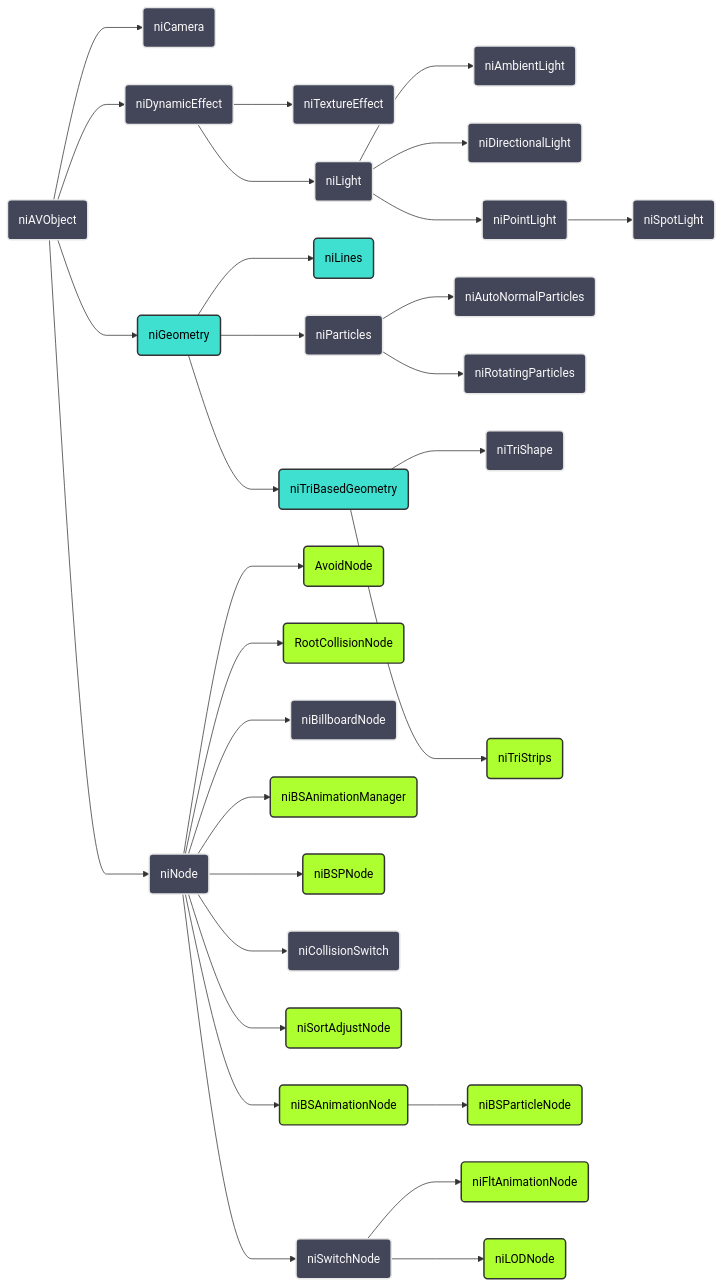
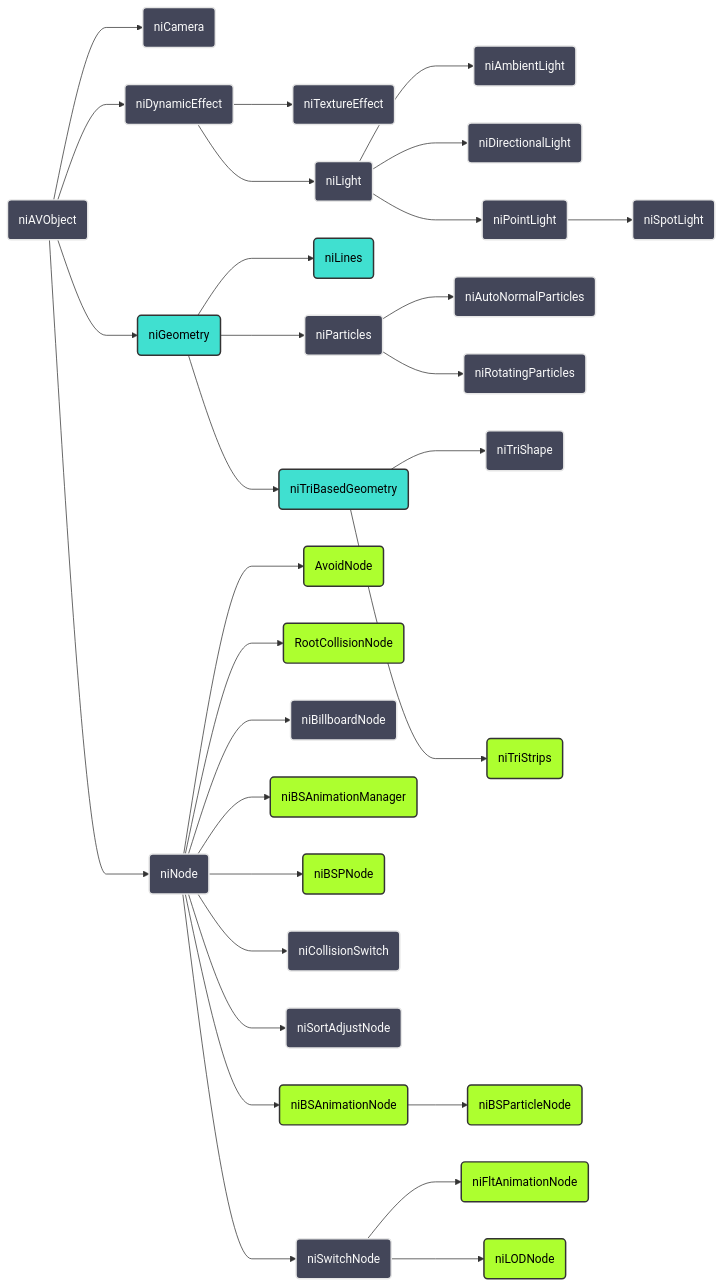
Before and after one commit to stanleyqubit/MWSE: the second of 2 diagrams in docs/source/references/general/ni-class-hierarchy.md, drawn with Mermaid. The commit also changed other lines of this file and 14 other files, not shown here.

````diff
--- a/docs/source/references/general/ni-class-hierarchy.md
+++ b/docs/source/references/general/ni-class-hierarchy.md
@@ -361,59 +361,59 @@
 ```mermaid
 %%{
     init: {
         'er': {
             'diagramPadding': 5,
             'entityPadding': 5
         },
         'flowchart': {
             'diagramPadding': 2,
             'curve': 'monotoneX'
         }
     }
 }%%
 graph LR
     EA(niAVObject);
 	EA --> EAA(niCamera);
 
 	EA --> EAB(niDynamicEffect);
 		EAB --> EABA(niTextureEffect);
 		EAB --> EABB(niLight);
 			EABB --> EABBA(niAmbientLight);
 			EABB --> EABBB(niDirectionalLight);
 			EABB --> EABBC(niPointLight);
 				EABBC --> EABBCA(niSpotLight);
 
 	EA --> EAC(niGeometry);
 		EAC --> EACA(niLines);
 		EAC --> EACB(niParticles);
 			EACB --> EACBA(niAutoNormalParticles);
 			EACB --> EACBB(niRotatingParticles);
 		EAC --> EACC(niTriBasedGeometry);
 			EACC --> EACCA(niTriShape);
 			EACC --> EACCB(niTriStrips);
 
 	EA --> EAD(niNode);
 		EAD --> EADA(AvoidNode);
 		EAD --> EADB(RootCollisionNode);
 		EAD --> EADC(niBillboardNode);
 		EAD --> EADD(niBSAnimationManager);
 		EAD --> EADE(niBSPNode);
 		EAD --> EADF(niCollisionSwitch);
 		EAD --> EADG(niSortAdjustNode);
 		EAD --> EADH(niBSAnimationNode);
 			EADH --> EADHA(niBSParticleNode);
 		EAD --> EADI(niSwitchNode);
 			EADI --> EADIA(niFltAnimationNode);
 			EADI --> EADIB(niLODNode);
 
 	%% Default style
 	classDef default color: #fafafa, fill:#434659, stroke:#e6e6e6, stroke-width:2px;
 
 	%% Turquoise
 	classDef notExposed color:#000, fill: #40E0D0, stroke: #333, stroke-width: 2px;
 	class EAC,EACA,EACC notExposed;
 
 	%% YellowGreen
 	classDef notResearched color:#000, fill: #ADFF2F, stroke: #333, stroke-width: 2px;
-	class EACCB,EADA,EADB,EADD,EADE,EADG,EADH,EADHA,EADIA,EADIB notResearched;
+	class EACCB,EADA,EADB,EADD,EADE,EADH,EADHA,EADIA,EADIB notResearched;
 ```
````
